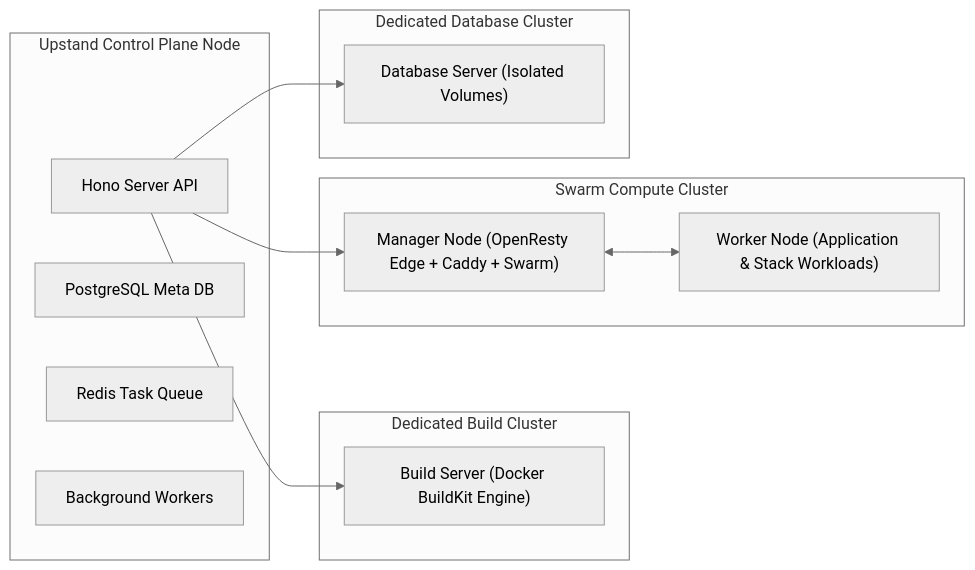
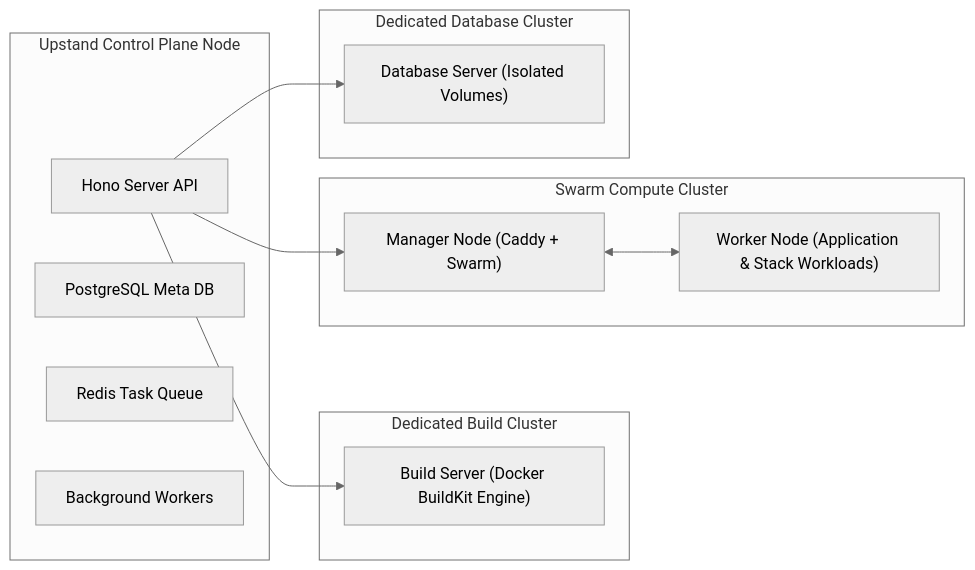
One commit to UpstandPlatform/upstand changed the second of 2 diagrams in apps/fumadocs/content/docs/getting-started/concepts.mdx. Above: the diagram before and after it, drawn with Mermaid (neutral theme). The commit also changed other lines of this file and 102 other files, not shown here.

````diff
--- a/apps/fumadocs/content/docs/getting-started/concepts.mdx
+++ b/apps/fumadocs/content/docs/getting-started/concepts.mdx
@@ -60,27 +60,27 @@
 ```mermaid
 graph LR
     subgraph ControlPlane["Upstand Control Plane Node"]
         API["Hono Server API"]
         DB["PostgreSQL Meta DB"]
         RedisQueue["Redis Task Queue"]
         Workers["Background Workers"]
     end
 
     subgraph BuildNodes["Dedicated Build Cluster"]
         BuildServer["Build Server (Docker BuildKit Engine)"]
     end
 
     subgraph DeployNodes["Swarm Compute Cluster"]
-        DeployServer1["Manager Node (OpenResty Edge + Caddy + Swarm)"]
+        DeployServer1["Manager Node (Caddy + Swarm)"]
         DeployServer2["Worker Node (Application & Stack Workloads)"]
     end
 
     subgraph DbNodes["Dedicated Database Cluster"]
         DbServer["Database Server (Isolated Volumes)"]
     end
 
     API --> BuildServer
     API --> DeployServer1
     DeployServer1 <--> DeployServer2
     API --> DbServer
 ```
````
